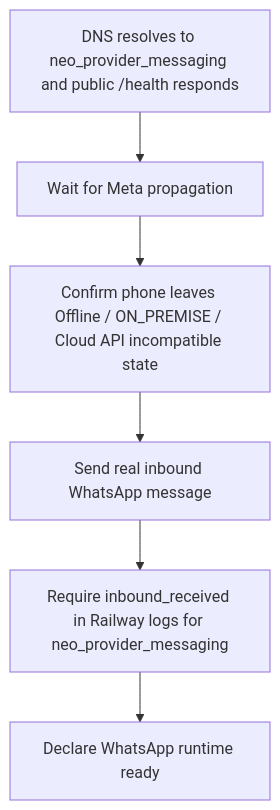
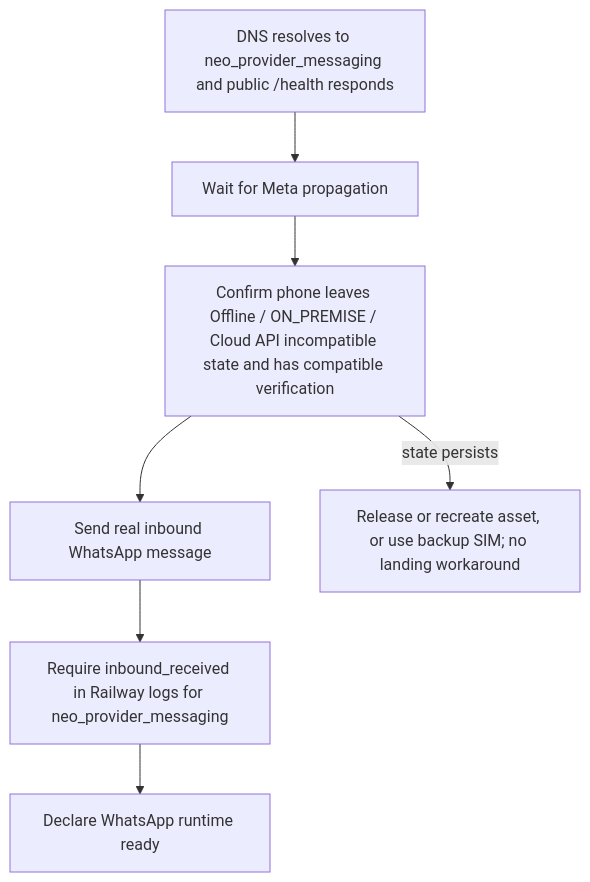
One commit to NEO-FlowOFF/neo-flw-landing changed the diagram in SETUP.md. Above: the diagram before and after it, drawn with Mermaid. The commit also changed 2 other files, not shown here.

Commit message:
docs: update conector verification and fallback rules in CONTEXT, MEMORY, and SETUP

````diff
--- a/SETUP.md
+++ b/SETUP.md
@@ -213,8 +213,9 @@
 ```mermaid
 flowchart TD
   A["DNS resolves to neo_provider_messaging and public /health responds"] --> B["Wait for Meta propagation"]
-  B --> C["Confirm phone leaves Offline / ON_PREMISE / Cloud API incompatible state"]
+  B --> C["Confirm phone leaves Offline / ON_PREMISE / Cloud API incompatible state and has compatible verification"]
   C --> D["Send real inbound WhatsApp message"]
   D --> E["Require inbound_received in Railway logs for neo_provider_messaging"]
   E --> F["Declare WhatsApp runtime ready"]
+  C -->|"state persists"| G["Release or recreate asset, or use backup SIM; no landing workaround"]
 ```
````
